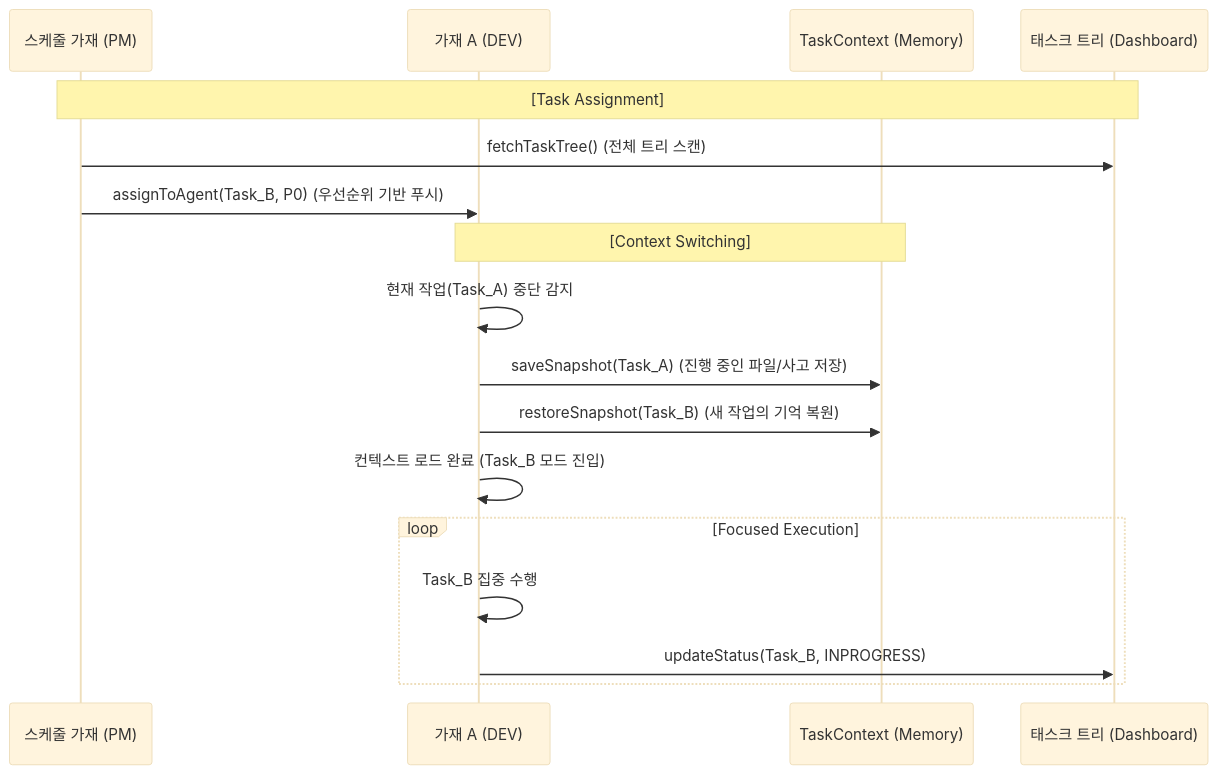
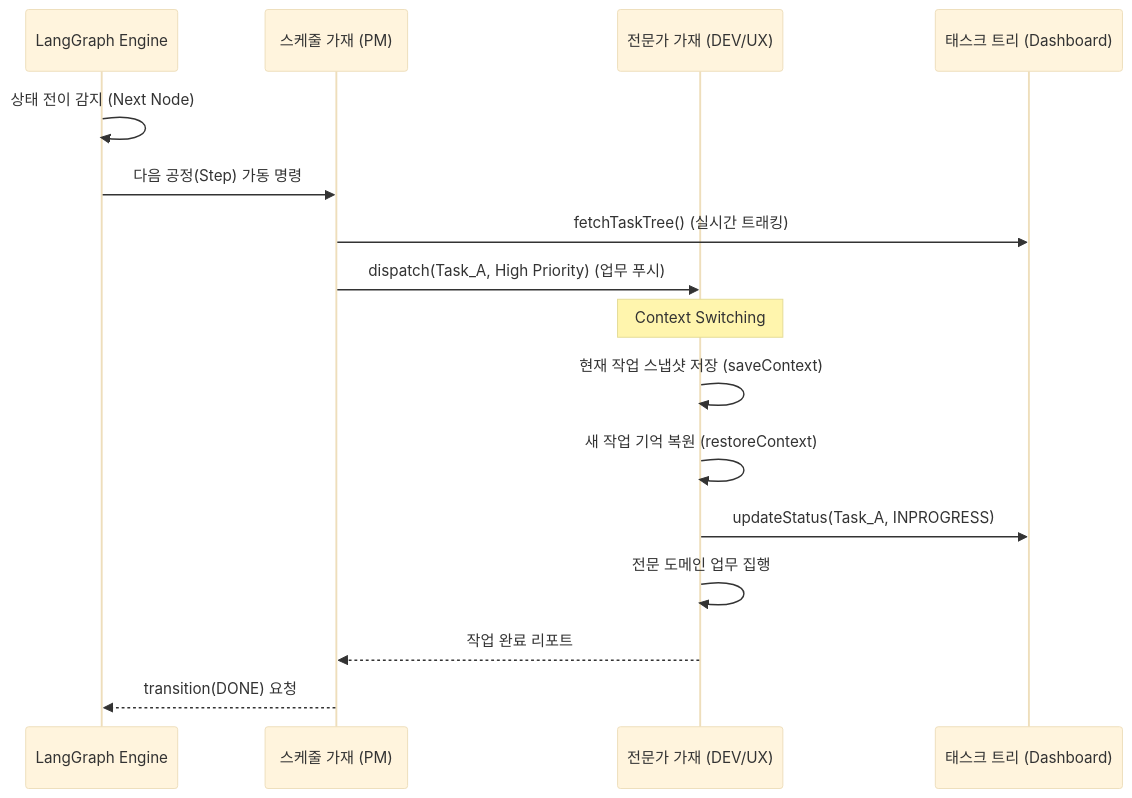
One commit to yuna-studio/yuna-openclaw changed the second of 2 diagrams in docs/core/process/SYSTEM_DESIGN_V1_0.md. Above: the diagram before and after it, drawn with Mermaid (base theme). The commit also changed other lines of this file, not shown here.

Commit message:
docs: Sanctuary v3.1 - Normalized ScheduleGajae as a Specialist Agent (v4.1)

````diff
--- a/docs/core/process/SYSTEM_DESIGN_V1_0.md
+++ b/docs/core/process/SYSTEM_DESIGN_V1_0.md
@@ -65,23 +55,22 @@
 ```mermaid
 sequenceDiagram
+    participant LG as LangGraph Engine
     participant PM as 스케줄 가재 (PM)
-    participant Agent as 가재 A (DEV)
-    participant Context as TaskContext (Memory)
+    participant Agent as 전문가 가재 (DEV/UX)
     participant Dash as 태스크 트리 (Dashboard)
 
-    Note over PM, Dash: [Task Assignment]
-    PM->>Dash: fetchTaskTree() (전체 트리 스캔)
-    PM->>Agent: assignToAgent(Task_B, P0) (우선순위 기반 푸시)
+    LG->>LG: 상태 전이 감지 (Next Node)
+    LG->>PM: 다음 공정(Step) 가동 명령
     
-    Note over Agent, Context: [Context Switching]
-    Agent->>Agent: 현재 작업(Task_A) 중단 감지
-    Agent->>Context: saveSnapshot(Task_A) (진행 중인 파일/사고 저장)
+    PM->>Dash: fetchTaskTree() (실시간 트래킹)
+    PM->>Agent: dispatch(Task_A, High Priority) (업무 푸시)
     
-    Agent->>Context: restoreSnapshot(Task_B) (새 작업의 기억 복원)
-    Agent->>Agent: 컨텍스트 로드 완료 (Task_B 모드 진입)
+    Note over Agent: Context Switching
+    Agent->>Agent: 현재 작업 스냅샷 저장 (saveContext)
+    Agent->>Agent: 새 작업 기억 복원 (restoreContext)
     
-    loop Focused Execution
-        Agent->>Agent: Task_B 집중 수행
-        Agent->>Dash: updateStatus(Task_B, INPROGRESS)
-    end
+    Agent->>Dash: updateStatus(Task_A, INPROGRESS)
+    Agent->>Agent: 전문 도메인 업무 집행
+    Agent-->>PM: 작업 완료 리포트
+    PM-->>LG: transition(DONE) 요청
 ```
````
